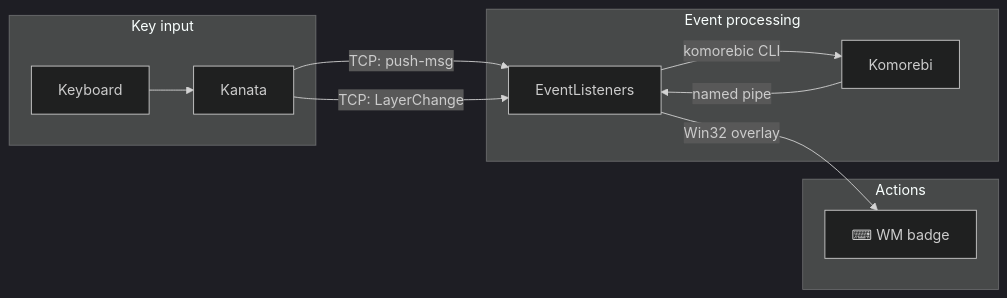
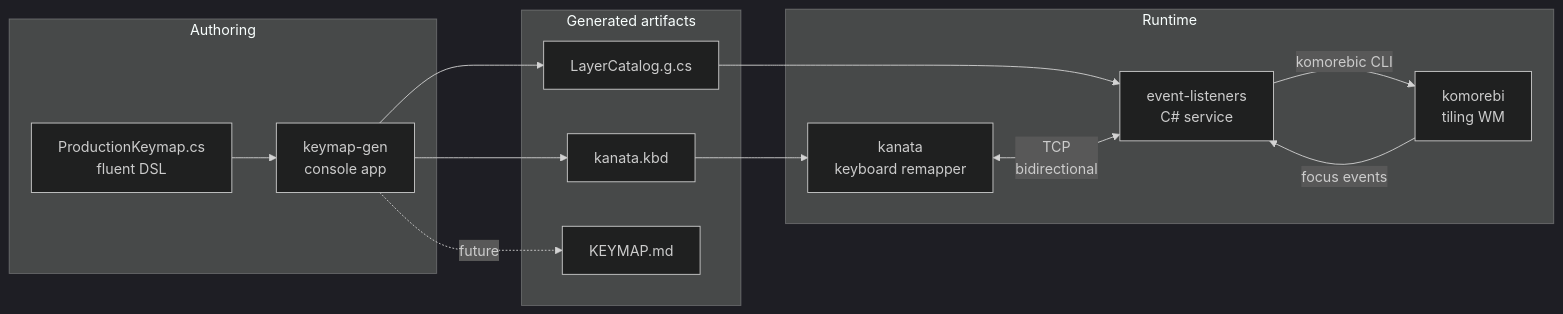
Before and after one commit to MattKotsenas/dotfiles: the diagram in keyboard/README.md, drawn with Mermaid (dark theme). The commit also changed other lines of this file and 3 other files, not shown here.

First line of the commit message:
docs(keyboard): rewrite README; auto-generate KEYMAP.md from DSL

````diff
--- a/keyboard/README.md
+++ b/keyboard/README.md
@@ -17,15 +39,26 @@
 ```mermaid
 graph LR
-    subgraph "Key input"
-        K[Keyboard] --> Kanata
+    subgraph "Authoring"
+        DSL[ProductionKeymap.cs<br/>fluent DSL]
+        Compiler[keymap-gen<br/>console app]
+        DSL --> Compiler
     end
-    subgraph "Event processing"
-        Kanata -- "TCP: push-msg" --> EventListeners
-        Kanata -- "TCP: LayerChange" --> EventListeners
-        Komorebi -- "named pipe" --> EventListeners
+
+    subgraph "Generated artifacts"
+        Compiler --> Kbd[kanata.kbd]
+        Compiler --> Catalog[LayerCatalog.g.cs]
+        Compiler -. future .-> Keymap[KEYMAP.md]
     end
-    subgraph "Actions"
-        EventListeners -- "komorebic CLI" --> Komorebi
-        EventListeners -- "Win32 overlay" --> Indicator["⌨ WM badge"]
+
+    subgraph "Runtime"
+        Kanata[kanata<br/>keyboard remapper]
+        Bridge[event-listeners<br/>C# service]
+        Komorebi[komorebi<br/>tiling WM]
+
+        Kbd --> Kanata
+        Catalog --> Bridge
+        Kanata <-- "TCP<br/>bidirectional" --> Bridge
+        Komorebi -- "focus events" --> Bridge
+        Bridge -- "komorebic CLI" --> Komorebi
     end
 ```
````
